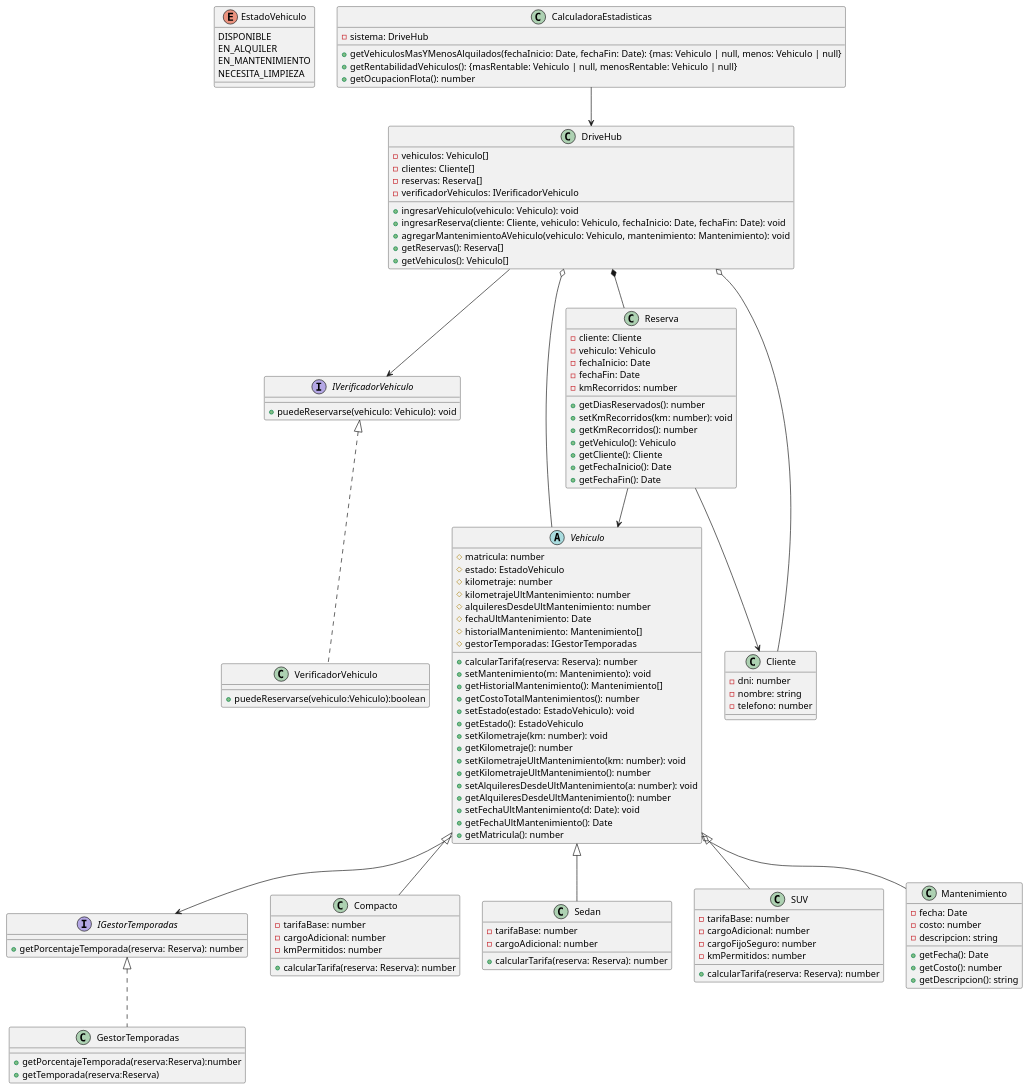
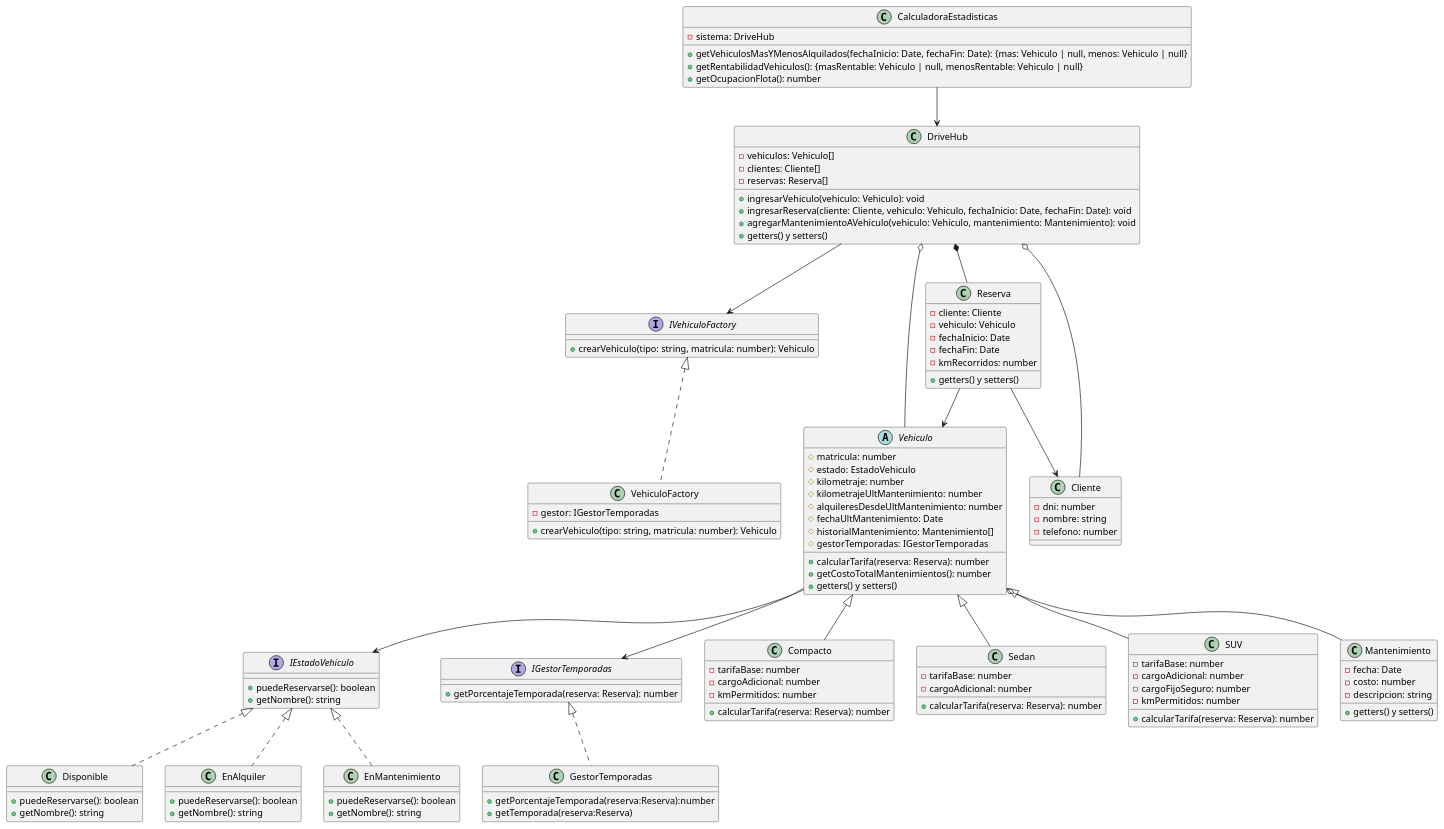
Before and after one commit to diegolacosta02/TP-Programacion-II: the diagram in diagramas/diagrama.puml, drawn with PlantUML. The commit also changed 25 other files, not shown here.

Commit message:
Agrego clases, actualizo diagrama

```diff
--- a/diagramas/diagrama.puml
+++ b/diagramas/diagrama.puml
@@ -1,143 +1,134 @@
 @startuml Trabajo Practico Alquiler de Autos
+interface IEstadoVehiculo {
+    + puedeReservarse(): boolean
+    + getNombre(): string
+}
 
-enum EstadoVehiculo {
-    DISPONIBLE
-    EN_ALQUILER
-    EN_MANTENIMIENTO
-    NECESITA_LIMPIEZA
+class Disponible implements IEstadoVehiculo {
+    + puedeReservarse(): boolean
+    + getNombre(): string
+}
+
+class EnAlquiler implements IEstadoVehiculo {
+    + puedeReservarse(): boolean
+    + getNombre(): string
+}
+
+class EnMantenimiento implements IEstadoVehiculo {
+    + puedeReservarse(): boolean
+    + getNombre(): string
+}
+
+interface IVehiculoFactory {
+    + crearVehiculo(tipo: string, matricula: number): Vehiculo
+}
+
+class VehiculoFactory implements IVehiculoFactory {
+    - gestor: IGestorTemporadas
+    + crearVehiculo(tipo: string, matricula: number): Vehiculo
 }
 
 interface IGestorTemporadas {
     + getPorcentajeTemporada(reserva: Reserva): number
-}
-
-interface IVerificadorVehiculo {
-    + puedeReservarse(vehiculo: Vehiculo): void
 }
 
 class GestorTemporadas {
     + getPorcentajeTemporada(reserva:Reserva):number
     + getTemporada(reserva:Reserva)
 }
 
-class VerificadorVehiculo {
-    + puedeReservarse(vehiculo:Vehiculo):boolean
-}
-
 class DriveHub {
     - vehiculos: Vehiculo[]
     - clientes: Cliente[]
     - reservas: Reserva[]
-    - verificadorVehiculos: IVerificadorVehiculo
 
     + ingresarVehiculo(vehiculo: Vehiculo): void
     + ingresarReserva(cliente: Cliente, vehiculo: Vehiculo, fechaInicio: Date, fechaFin: Date): void
     + agregarMantenimientoAVehiculo(vehiculo: Vehiculo, mantenimiento: Mantenimiento): void
-    + getReservas(): Reserva[]
-    + getVehiculos(): Vehiculo[]
+    + getters() y setters()
 }
 
 class CalculadoraEstadisticas {
     - sistema: DriveHub
 
     + getVehiculosMasYMenosAlquilados(fechaInicio: Date, fechaFin: Date): {mas: Vehiculo | null, menos: Vehiculo | null}
     + getRentabilidadVehiculos(): {masRentable: Vehiculo | null, menosRentable: Vehiculo | null}
     + getOcupacionFlota(): number
 }
 
 abstract class Vehiculo {
     # matricula: number
     # estado: EstadoVehiculo
     # kilometraje: number
     # kilometrajeUltMantenimiento: number
     # alquileresDesdeUltMantenimiento: number
     # fechaUltMantenimiento: Date
     # historialMantenimiento: Mantenimiento[]
     # gestorTemporadas: IGestorTemporadas
 
     + calcularTarifa(reserva: Reserva): number
-    + setMantenimiento(m: Mantenimiento): void
-    + getHistorialMantenimiento(): Mantenimiento[]
     + getCostoTotalMantenimientos(): number
-    + setEstado(estado: EstadoVehiculo): void
-    + getEstado(): EstadoVehiculo
-    + setKilometraje(km: number): void
-    + getKilometraje(): number
-    + setKilometrajeUltMantenimiento(km: number): void
-    + getKilometrajeUltMantenimiento(): number
-    + setAlquileresDesdeUltMantenimiento(a: number): void
-    + getAlquileresDesdeUltMantenimiento(): number
-    + setFechaUltMantenimiento(d: Date): void
-    + getFechaUltMantenimiento(): Date
-    + getMatricula(): number
+    + getters() y setters()
 }
 
 class Compacto extends Vehiculo {
     - tarifaBase: number
     - cargoAdicional: number
     - kmPermitidos: number
     + calcularTarifa(reserva: Reserva): number
 }
 
 class Sedan extends Vehiculo {
     - tarifaBase: number
     - cargoAdicional: number
     + calcularTarifa(reserva: Reserva): number
 }
 
 class SUV extends Vehiculo {
     - tarifaBase: number
     - cargoAdicional: number
     - cargoFijoSeguro: number
     - kmPermitidos: number
     + calcularTarifa(reserva: Reserva): number
 }
 
 class Cliente {
     - dni: number
     - nombre: string
     - telefono: number
 }
 
 class Reserva {
     - cliente: Cliente
     - vehiculo: Vehiculo
     - fechaInicio: Date
     - fechaFin: Date
     - kmRecorridos: number
 
-    + getDiasReservados(): number
-    + setKmRecorridos(km: number): void
-    + getKmRecorridos(): number
-    + getVehiculo(): Vehiculo
-    + getCliente(): Cliente
-    + getFechaInicio(): Date
-    + getFechaFin(): Date
+    + getters() y setters()
 }
 
 class Mantenimiento {
     - fecha: Date
     - costo: number
     - descripcion: string
 
-    + getFecha(): Date
-    + getCosto(): number
-    + getDescripcion(): string
+    + getters() y setters()
 }
 
 IGestorTemporadas <|.. GestorTemporadas
-IVerificadorVehiculo <|.. VerificadorVehiculo
 
-DriveHub --> IVerificadorVehiculo
+DriveHub --> IVehiculoFactory
 DriveHub *-- Reserva
 DriveHub o-- Vehiculo
 DriveHub o-- Cliente
 
 Reserva --> Vehiculo
 Reserva --> Cliente
 Vehiculo o-- Mantenimiento
 Vehiculo --> IGestorTemporadas
+Vehiculo --> IEstadoVehiculo
 
 CalculadoraEstadisticas --> DriveHub
 
 @enduml
```
